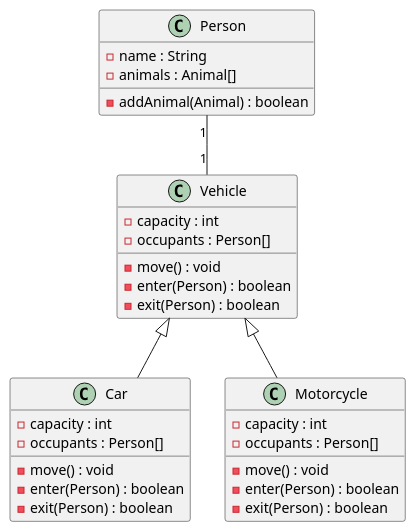
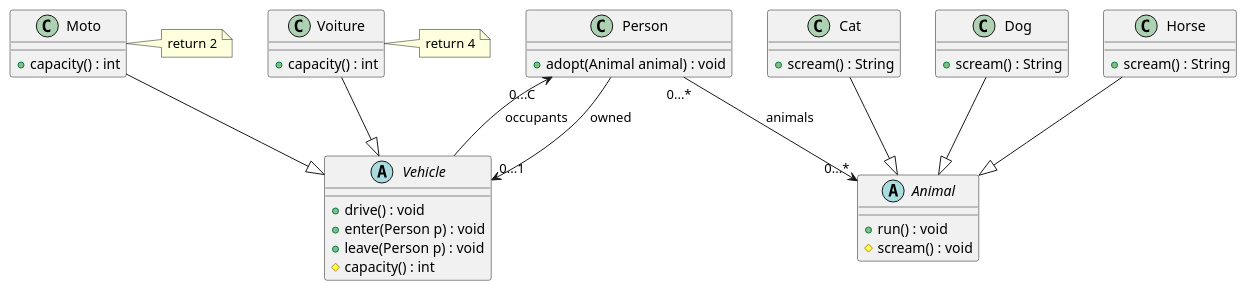
One commit to Sabibou/Cours_L2_Info changed the fourth of 4 diagrams in POO/TD/TD3/pdn.md. Above: the diagram before and after it, drawn with PlantUML. The commit also changed other lines of this file, not shown here.

Commit message:
New OOP course in class (Vehicle and Animal)

````diff
--- a/POO/TD/TD3/pdn.md
+++ b/POO/TD/TD3/pdn.md
@@ -201,36 +267,65 @@
 ```plantuml
 @startuml
+
 class Person {
-    -name : String
-    -animals : Animal[]
-    -addAnimal(Animal) : boolean
+    + adopt(Animal animal) : void
 }
-class Vehicle {
-    -capacity : int
-    -occupants : Person[]
-    -move() : void
-    -enter(Person) : boolean
-    -exit(Person) : boolean
+
+abstract Animal {
+    + run() : void
+    # scream() : void
 }
-' Une auto ou moto hérite de Vehicle
-class Car {
-    -capacity : int
-    -occupants : Person[]
-    -move() : void
-    -enter(Person) : boolean
-    -exit(Person) : boolean
+
+class Cat {
+    + scream() : String
 }
-class Motorcycle {
-    -capacity : int
-    -occupants : Person[]
-    -move() : void
-    -enter(Person) : boolean
-    -exit(Person) : boolean
+
+class Dog {
+    + scream() : String
 }
-' Un véhicule peut avancer et accueillir des personnes
-Vehicle <|-- Car
-Vehicle <|-- Motorcycle
-' Une personne peut posséder un véhicule
-Person "1" -- "1" Vehicle
+
+class Horse {
+    + scream() : String
+}
+
+
+Horse --|> Animal
+Cat --|> Animal
+Dog --|> Animal
+
+
+Person "0...*" --> "0...*" Animal : animals
+
+
+
+abstract Vehicle {
+    + drive() : void
+    + enter(Person p) : void
+    + leave(Person p) : void
+    # capacity() : int
+}
+
+class Moto {
+    + capacity() : int
+}
+
+note right
+return 2
+end note
+
+class Voiture {
+    + capacity() : int
+}
+note right
+return 4
+end note
+
+Moto --|> Vehicle
+Voiture --|> Vehicle
+
+
+Person "0...C" <-- Vehicle : occupants
+Person --> "0...1" Vehicle : owned
+
 @enduml
 ```
````
